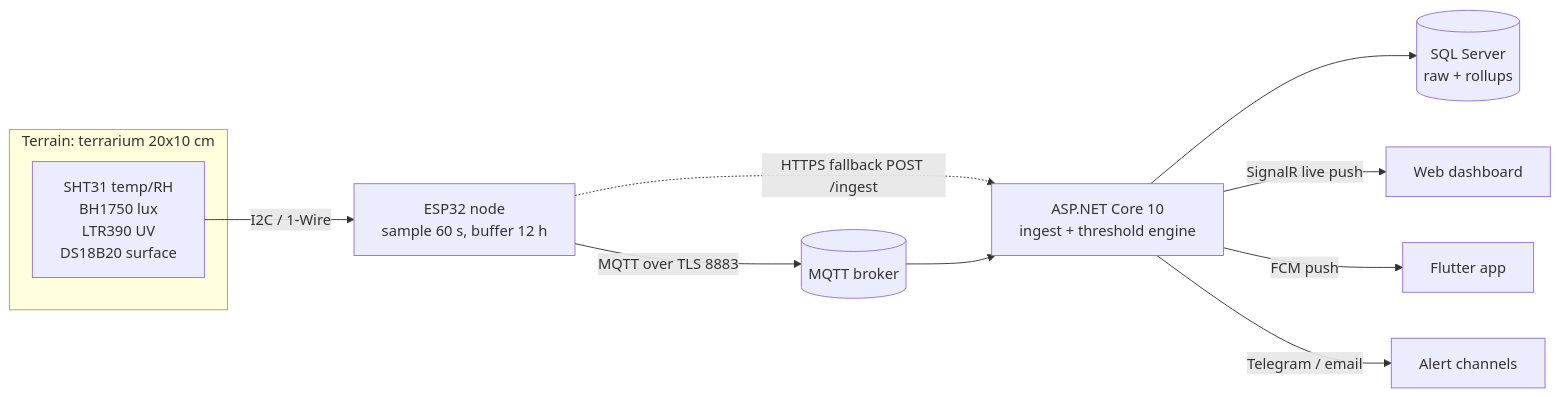
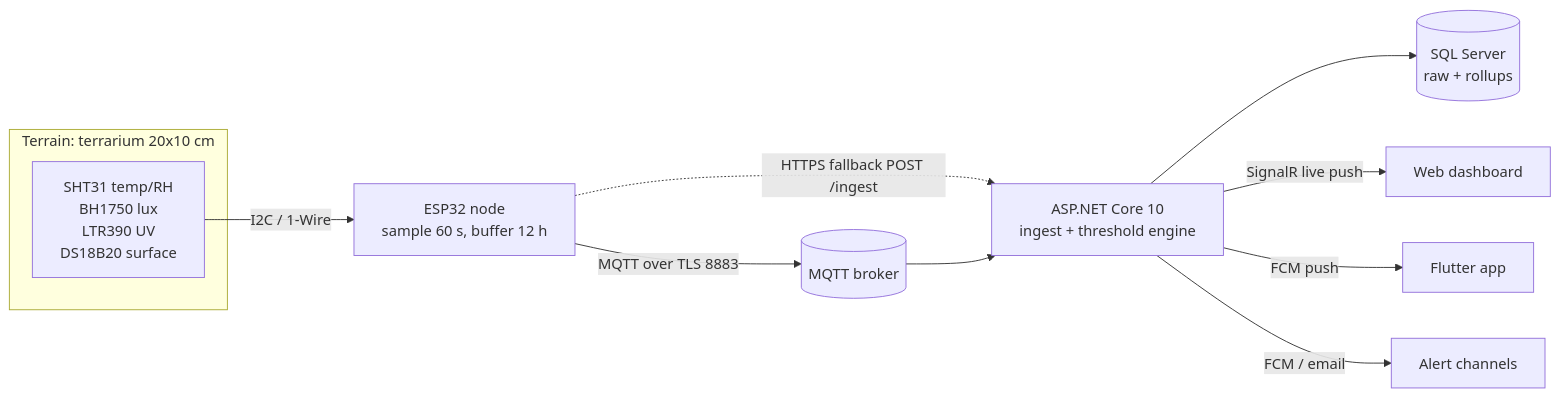
The diagram in docs/README.md (N3m310/smartreptile), drawn with Mermaid before and after one commit. The commit also changed other lines of this file and 30 other files, not shown here.

````diff
--- a/docs/README.md
+++ b/docs/README.md
@@ -22,14 +22,14 @@
 ```mermaid
 flowchart LR
   subgraph T[Terrain: terrarium 20x10 cm]
     S[SHT31 temp/RH<br/>BH1750 lux<br/>LTR390 UV<br/>DS18B20 surface]
   end
   S -->|I2C / 1-Wire| E[ESP32 node<br/>sample 60 s, buffer 12 h]
   E -->|MQTT over TLS 8883| B[(MQTT broker)]
   E -.->|HTTPS fallback POST /ingest| API
   B --> API[ASP.NET Core 10<br/>ingest + threshold engine]
   API --> DB[(SQL Server<br/>raw + rollups)]
   API -->|SignalR live push| W[Web dashboard]
   API -->|FCM push| M[Flutter app]
-  API -->|Telegram / email| N[Alert channels]
+  API -->|FCM / email| N[Alert channels]
 ```
````
